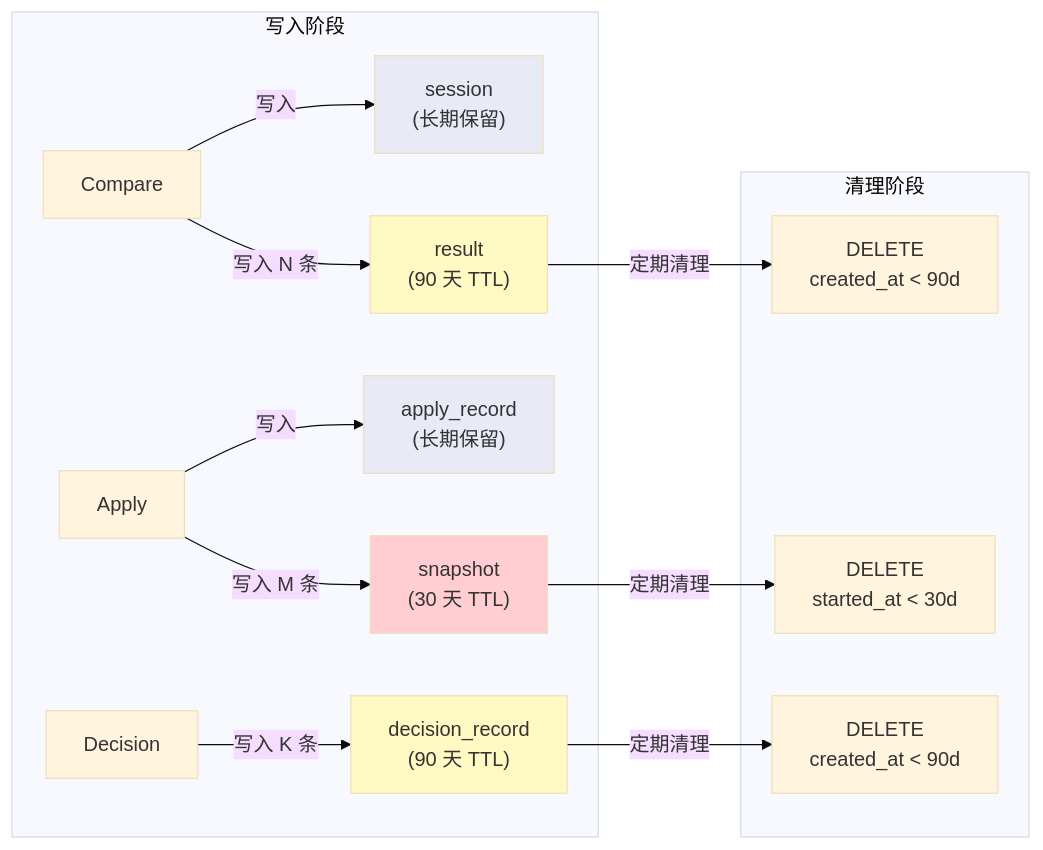
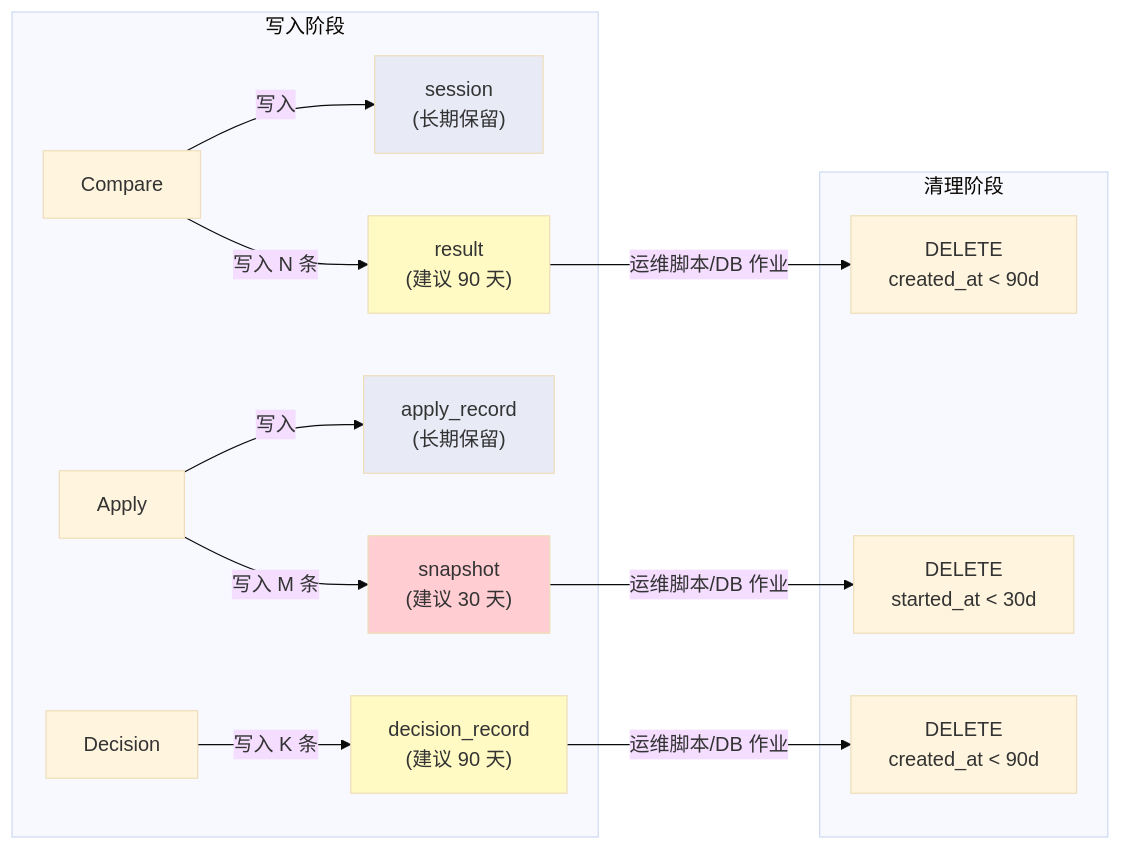
One commit to shiyongyin/diff changed the fourth of 4 diagrams in docs/ops-guide.md. Above: the diagram before and after it, drawn with Mermaid (base theme). The commit also changed other lines of this file and 5 other files, not shown here.

````diff
--- a/docs/ops-guide.md
+++ b/docs/ops-guide.md
@@ -754,22 +833,22 @@
 ```mermaid
 flowchart LR
     subgraph 写入阶段
         C["Compare"] -->|"写入"| S["session<br/>(长期保留)"]
-        C -->|"写入 N 条"| R["result<br/>(90 天 TTL)"]
+        C -->|"写入 N 条"| R["result<br/>(建议 90 天)"]
         A["Apply"] -->|"写入"| AR["apply_record<br/>(长期保留)"]
-        A -->|"写入 M 条"| SN["snapshot<br/>(30 天 TTL)"]
-        D["Decision"] -->|"写入 K 条"| DR["decision_record<br/>(90 天 TTL)"]
+        A -->|"写入 M 条"| SN["snapshot<br/>(建议 30 天)"]
+        D["Decision"] -->|"写入 K 条"| DR["decision_record<br/>(建议 90 天)"]
     end
 
     subgraph 清理阶段
-        R -->|"定期清理"| DEL1["DELETE<br/>created_at < 90d"]
-        SN -->|"定期清理"| DEL2["DELETE<br/>started_at < 30d"]
-        DR -->|"定期清理"| DEL3["DELETE<br/>created_at < 90d"]
+        R -->|"运维脚本/DB 作业"| DEL1["DELETE<br/>created_at < 90d"]
+        SN -->|"运维脚本/DB 作业"| DEL2["DELETE<br/>started_at < 30d"]
+        DR -->|"运维脚本/DB 作业"| DEL3["DELETE<br/>created_at < 90d"]
     end
 
     style S fill:#e8eaf6
     style AR fill:#e8eaf6
     style R fill:#fff9c4
     style SN fill:#ffcdd2
     style DR fill:#fff9c4
 ```
````
